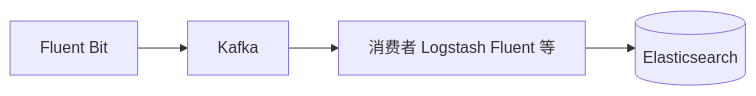
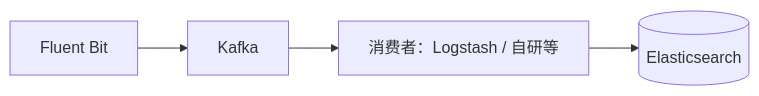
One commit to brinnatt/kubeauto changed the tenth of 21 diagrams in docs/efk/EFK.md. Above: the diagram before and after it, drawn with Mermaid. The commit also changed other lines of this file, not shown here.

````diff
--- a/docs/efk/EFK.md
+++ b/docs/efk/EFK.md
@@ -678,6 +733,6 @@
 ```mermaid
 flowchart LR
   FB[Fluent Bit] --> K[Kafka]
-  K --> C["消费者 Logstash Fluent 等"]
+  K --> C["消费者：Logstash / 自研等"]
   C --> ES[(Elasticsearch)]
 ```
````
